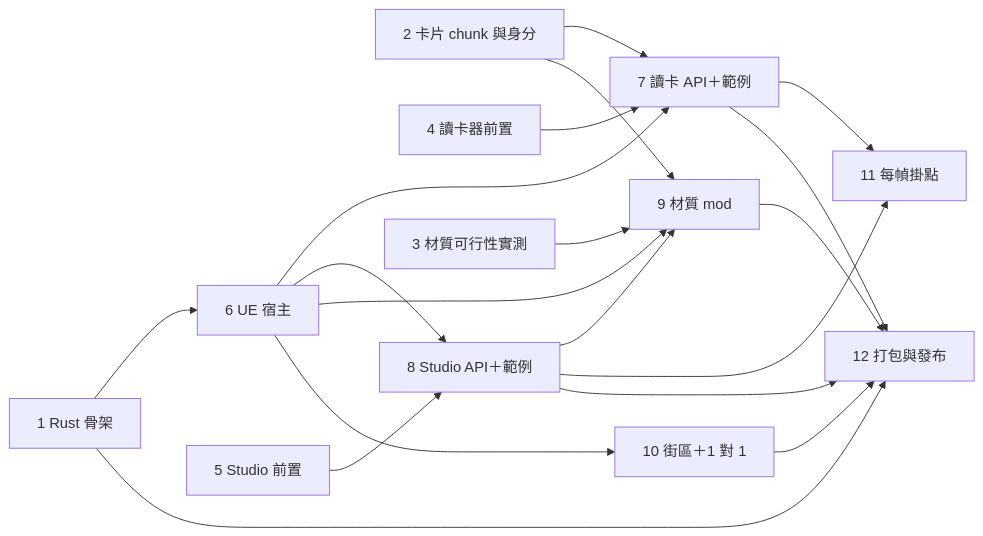
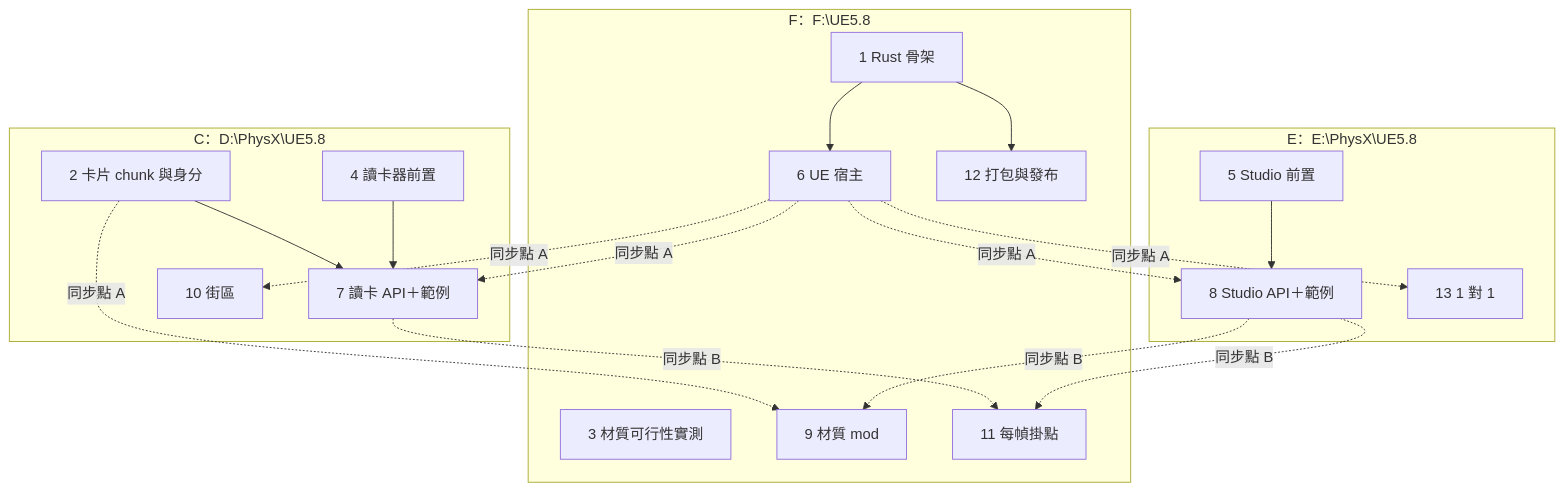
The second of 2 diagrams in Docs/OK_MOD_FRAMEWORK_PLAN.md (damody2026/OK_Studio), drawn with Mermaid before and after one commit. The commit also changed other lines of this file, not shown here.

Commit message:
文件：mod 框架計畫改為三檢出分工、三個長期子對話與 72 小時授權

````diff
--- a/Docs/OK_MOD_FRAMEWORK_PLAN.md
+++ b/Docs/OK_MOD_FRAMEWORK_PLAN.md
@@ -564,21 +604,28 @@
 ```mermaid
-flowchart LR
-    S1[1 Rust 骨架] --> S6[6 UE 宿主]
-    S1 --> S12[12 打包與發布]
-    S2[2 卡片 chunk 與身分] --> S7[7 讀卡 API＋範例]
-    S4[4 讀卡器前置] --> S7
-    S6 --> S7
-    S5[5 Studio 前置] --> S8[8 Studio API＋範例]
-    S6 --> S8
-    S3[3 材質可行性實測] --> S9[9 材質 mod]
-    S2 --> S9
-    S6 --> S9
-    S8 --> S9
-    S6 --> S10[10 街區＋1 對 1]
-    S7 --> S11[11 每幀掛點]
-    S8 --> S11
-    S7 --> S12
-    S8 --> S12
-    S9 --> S12
-    S10 --> S12
+flowchart TB
+    subgraph F[F：F:\UE5.8]
+        F1[1 Rust 骨架] --> F6[6 UE 宿主]
+        F3[3 材質可行性實測]
+        F12[12 打包與發布]
+        F9[9 材質 mod]
+        F11[11 每幀掛點]
+    end
+    subgraph C[C：D:\PhysX\UE5.8]
+        C2[2 卡片 chunk 與身分] --> C7[7 讀卡 API＋範例]
+        C4[4 讀卡器前置] --> C7
+        C10[10 街區]
+    end
+    subgraph E[E：E:\PhysX\UE5.8]
+        E5[5 Studio 前置] --> E8[8 Studio API＋範例]
+        E13[13 1 對 1]
+    end
+    F6 -.同步點 A.-> C7
+    F6 -.同步點 A.-> E8
+    F6 -.同步點 A.-> C10
+    F6 -.同步點 A.-> E13
+    C2 -.同步點 A.-> F9
+    E8 -.同步點 B.-> F9
+    C7 -.同步點 B.-> F11
+    E8 -.同步點 B.-> F11
+    F1 --> F12
 ```
````
